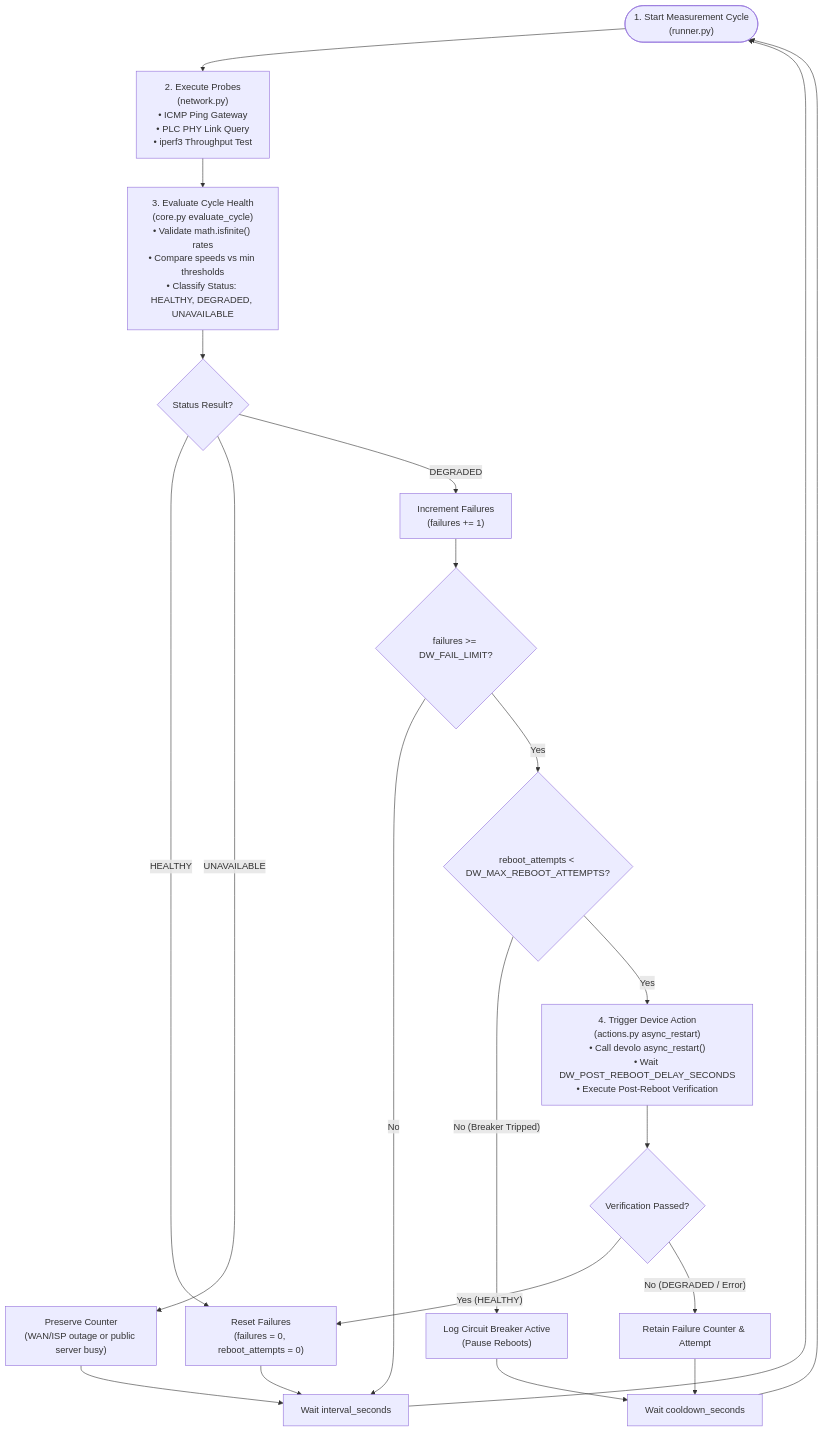
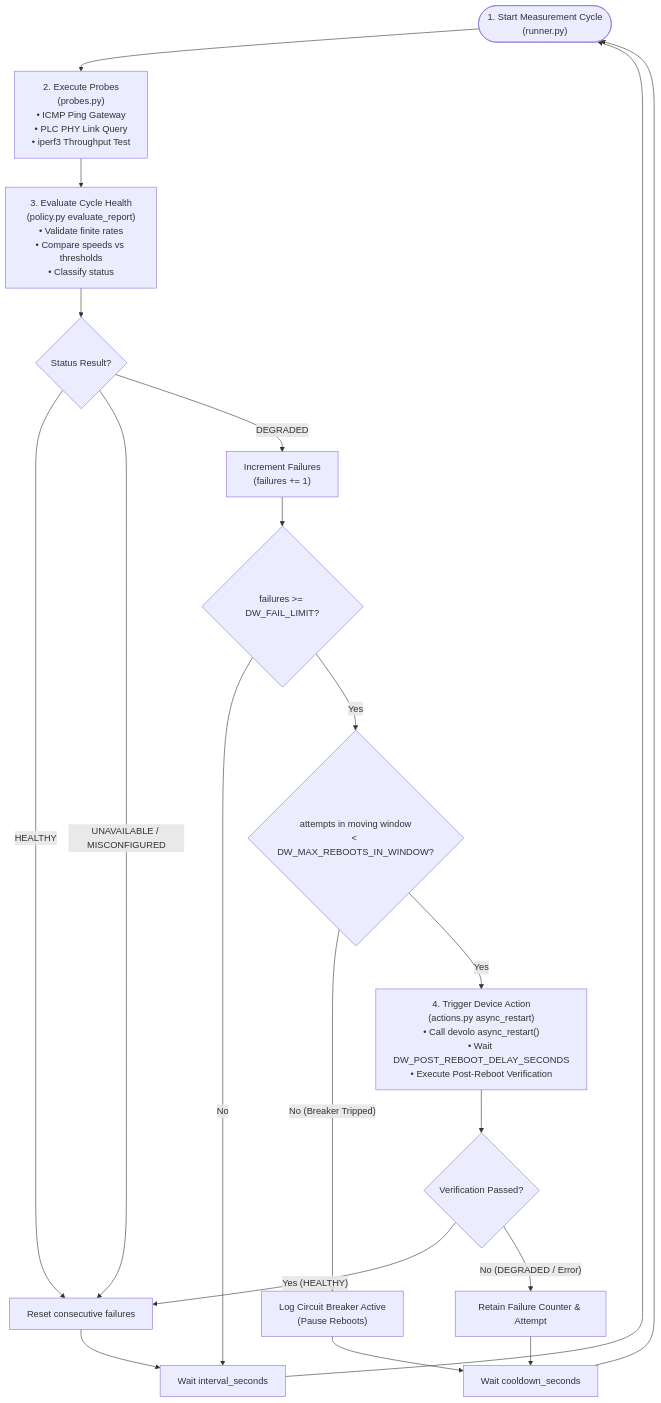
Before and after one commit to valentinsviridov/devolo-throughput-watchdog: the second of 3 diagrams in README.md, drawn with Mermaid. The commit also changed other lines of this file and 24 other files, not shown here.

````diff
--- a/README.md
+++ b/README.md
@@ -59,29 +61,28 @@
 ```mermaid
 graph TD
-    Start(["1. Start Measurement Cycle<br/>(runner.py)"]) --> ProbeStep["2. Execute Probes<br/>(network.py)<br/>• ICMP Ping Gateway<br/>• PLC PHY Link Query<br/>• iperf3 Throughput Test"]
+    Start(["1. Start Measurement Cycle<br/>(runner.py)"]) --> ProbeStep["2. Execute Probes<br/>(probes.py)<br/>• ICMP Ping Gateway<br/>• PLC PHY Link Query<br/>• iperf3 Throughput Test"]
 
-    ProbeStep --> EvalStep["3. Evaluate Cycle Health<br/>(core.py evaluate_cycle)<br/>• Validate math.isfinite() rates<br/>• Compare speeds vs min thresholds<br/>• Classify Status: HEALTHY, DEGRADED, UNAVAILABLE"]
+    ProbeStep --> EvalStep["3. Evaluate Cycle Health<br/>(policy.py evaluate_report)<br/>• Validate finite rates<br/>• Compare speeds vs thresholds<br/>• Classify status"]
 
     EvalStep --> CheckStatus{"Status Result?"}
 
-    CheckStatus -- "HEALTHY" --> ResetCounter["Reset Failures<br/>(failures = 0, reboot_attempts = 0)"]
-    CheckStatus -- "UNAVAILABLE" --> KeepCounter["Preserve Counter<br/>(WAN/ISP outage or public server busy)"]
+    CheckStatus -- "HEALTHY" --> ResetCounter["Reset consecutive failures"]
+    CheckStatus -- "UNAVAILABLE / MISCONFIGURED" --> ResetCounter
     CheckStatus -- "DEGRADED" --> IncCounter["Increment Failures<br/>(failures += 1)"]
 
     IncCounter --> CheckFailLimit{"failures >= DW_FAIL_LIMIT?"}
     CheckFailLimit -- "No" --> WaitInterval["Wait interval_seconds"]
 
-    CheckFailLimit -- "Yes" --> CheckBreaker{"reboot_attempts < DW_MAX_REBOOT_ATTEMPTS?"}
+    CheckFailLimit -- "Yes" --> CheckBreaker{"attempts in moving window<br/>< DW_MAX_REBOOTS_IN_WINDOW?"}
     CheckBreaker -- "No (Breaker Tripped)" --> LogBreaker["Log Circuit Breaker Active<br/>(Pause Reboots)"] --> WaitCooldown["Wait cooldown_seconds"]
 
     CheckBreaker -- "Yes" --> RebootStep["4. Trigger Device Action<br/>(actions.py async_restart)<br/>• Call devolo async_restart()<br/>• Wait DW_POST_REBOOT_DELAY_SECONDS<br/>• Execute Post-Reboot Verification"]
 
     RebootStep --> CheckVerify{"Verification Passed?"}
     CheckVerify -- "Yes (HEALTHY)" --> ResetCounter
     CheckVerify -- "No (DEGRADED / Error)" --> RetainFailures["Retain Failure Counter & Attempt"] --> WaitCooldown
 
     ResetCounter --> WaitInterval
-    KeepCounter --> WaitInterval
     WaitInterval --> Start
     WaitCooldown --> Start
 ```
````
